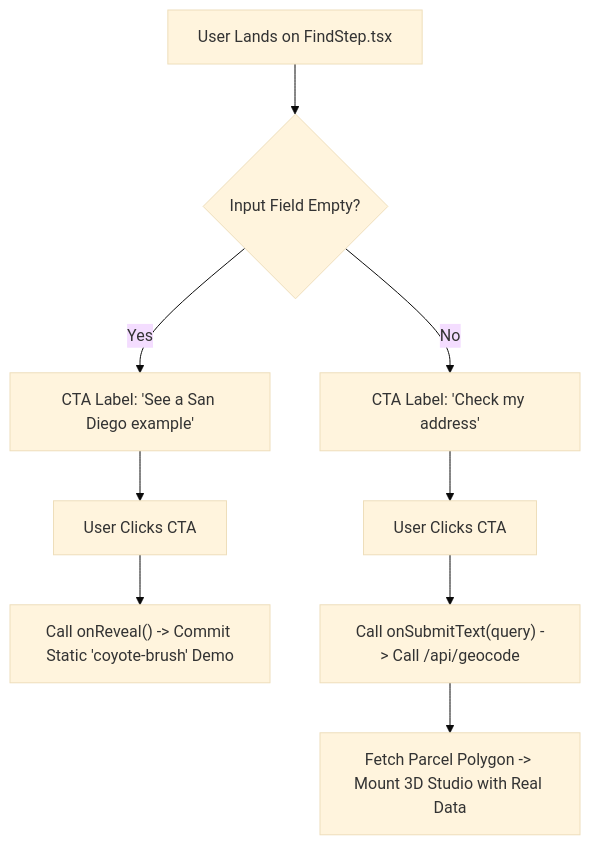
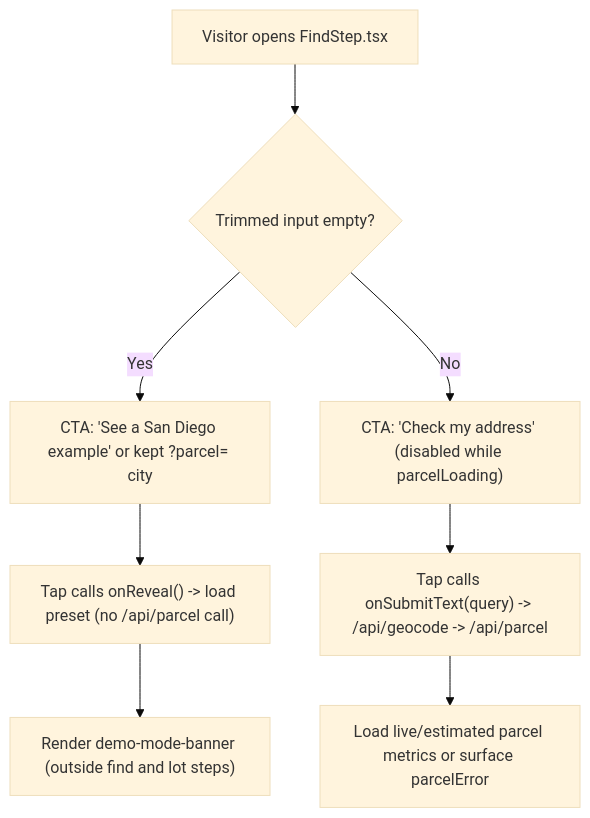
One commit to torralba85/YardUp changed the first of 2 diagrams in docs/designs/lotfoundry-funnel-certificate-activation.md. Above: the diagram before and after it, drawn with Mermaid (base theme). The commit also changed other lines of this file and 21 other files, not shown here.

````diff
--- a/docs/designs/lotfoundry-funnel-certificate-activation.md
+++ b/docs/designs/lotfoundry-funnel-certificate-activation.md
@@ -74,11 +80,10 @@
 ```mermaid
 flowchart TD
-    A["User Lands on FindStep.tsx"] --> B{"Input Field Empty?"}
-    B -- "Yes" --> C["CTA Label: 'See a San Diego example'"]
-    B -- "No" --> D["CTA Label: 'Check my address'"]
-    C --> E["User Clicks CTA"]
-    E --> F["Call onReveal() -> Commit Static 'coyote-brush' Demo"]
-    D --> G["User Clicks CTA"]
-    G --> H["Call onSubmitText(query) -> Call /api/geocode"]
-    H --> I["Fetch Parcel Polygon -> Mount 3D Studio with Real Data"]
+    A["Visitor opens FindStep.tsx"] --> B{"Trimmed input empty?"}
+    B -- "Yes" --> C["CTA: 'See a San Diego example' or kept ?parcel= city"]
+    B -- "No" --> D["CTA: 'Check my address' (disabled while parcelLoading)"]
+    C --> E["Tap calls onReveal() -> load preset (no /api/parcel call)"]
+    D --> F["Tap calls onSubmitText(query) -> /api/geocode -> /api/parcel"]
+    E --> G["Render demo-mode-banner (outside find and lot steps)"]
+    F --> H["Load live/estimated parcel metrics or surface parcelError"]
 ```
````
